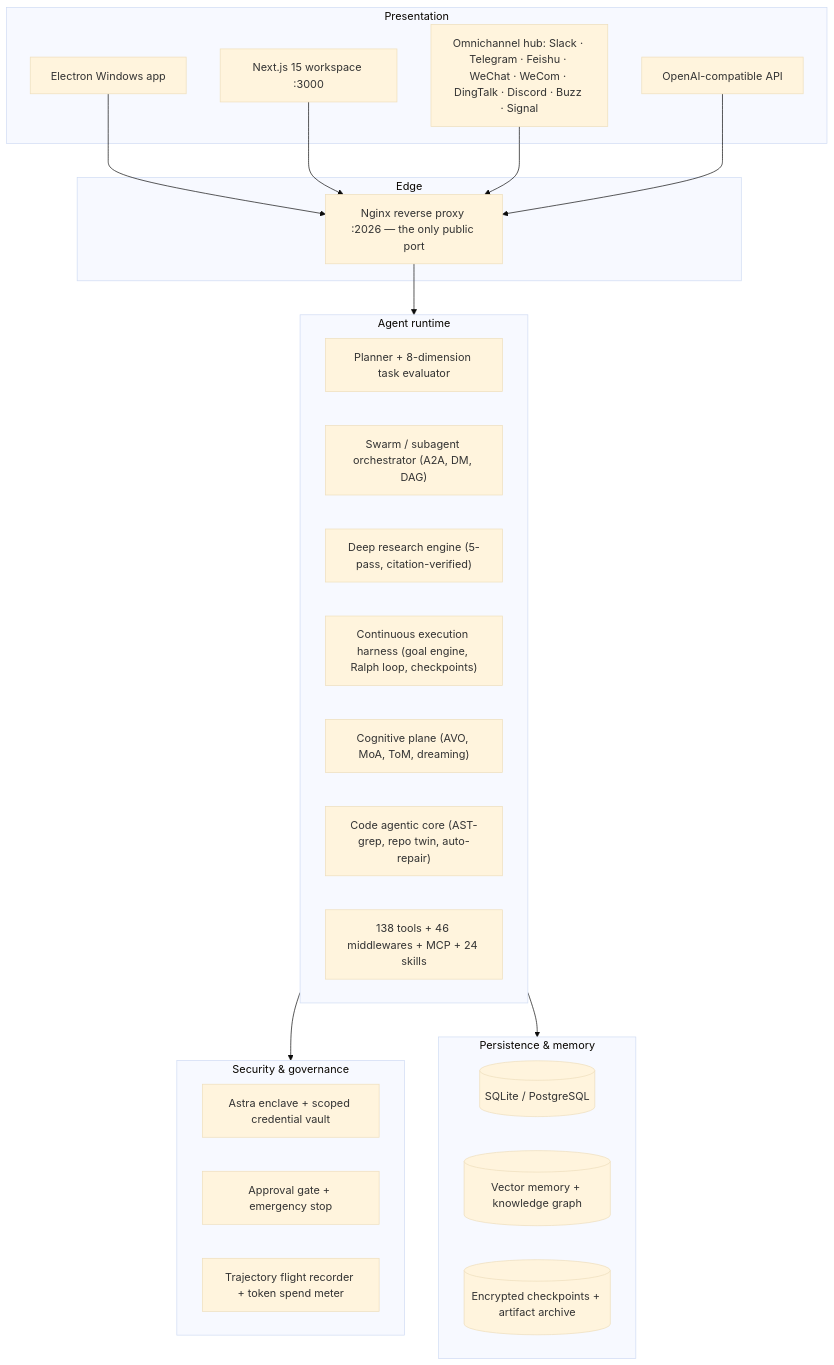
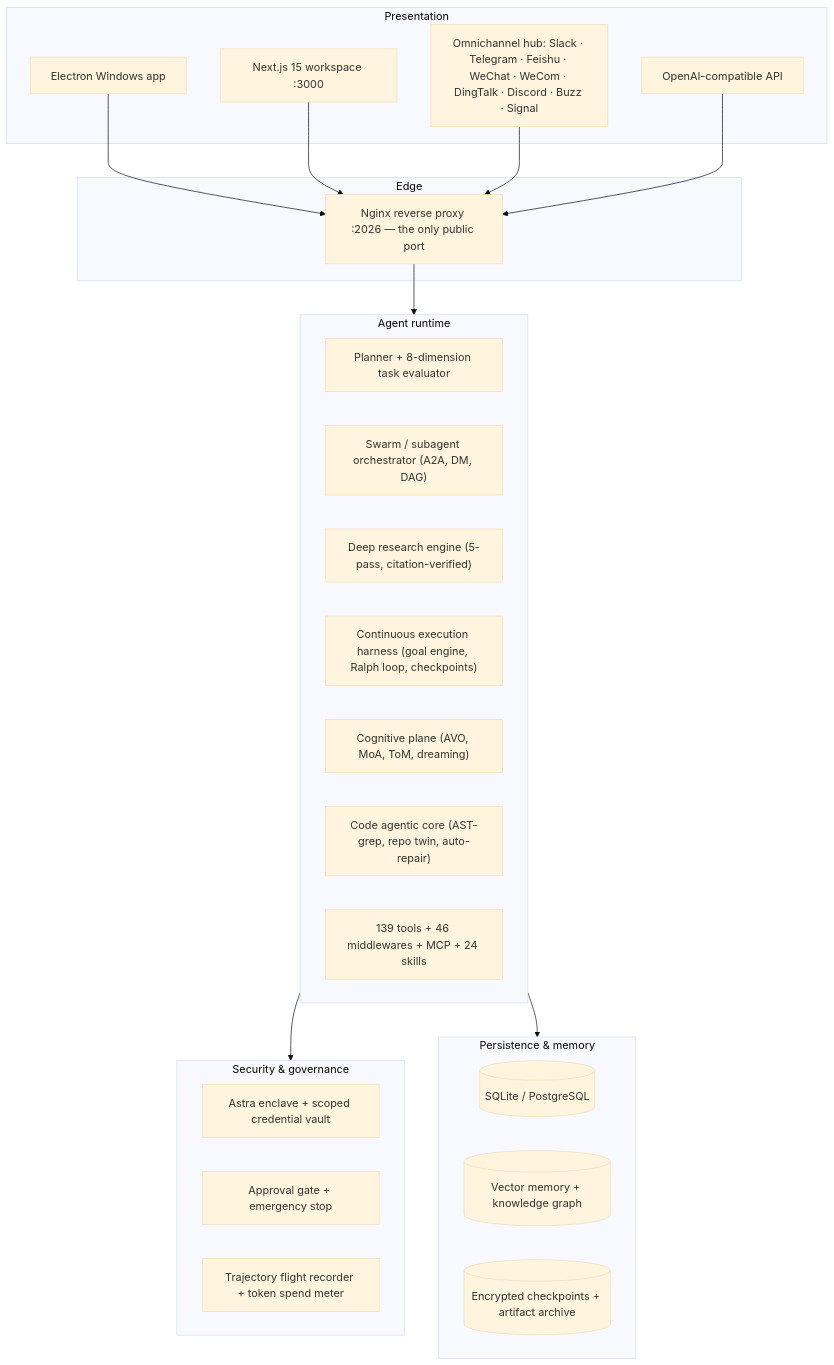
One commit to itsPremkumar/alpha changed the diagram in README.md. Above: the diagram before and after it, drawn with Mermaid (base theme). The commit also changed other lines of this file and 80 other files, not shown here.

````diff
--- a/README.md
+++ b/README.md
@@ -137,43 +137,43 @@
 ```mermaid
 flowchart TB
     subgraph Presentation ["Presentation"]
         Electron["Electron Windows app"]
         Web["Next.js 15 workspace :3000"]
         IM["Omnichannel hub: Slack · Telegram · Feishu · WeChat · WeCom · DingTalk · Discord · Buzz · Signal"]
         OpenAICompat["OpenAI-compatible API"]
     end
 
     subgraph Edge ["Edge"]
         Nginx["Nginx reverse proxy :2026 — the only public port"]
     end
 
     subgraph Runtime ["Agent runtime"]
         Planner["Planner + 8-dimension task evaluator"]
         Orchestrator["Swarm / subagent orchestrator (A2A, DM, DAG)"]
         Research["Deep research engine (5-pass, citation-verified)"]
         Harness["Continuous execution harness (goal engine, Ralph loop, checkpoints)"]
         Cognition["Cognitive plane (AVO, MoA, ToM, dreaming)"]
         CodeCore["Code agentic core (AST-grep, repo twin, auto-repair)"]
-        Tools["138 tools + 46 middlewares + MCP + 24 skills"]
+        Tools["139 tools + 46 middlewares + MCP + 24 skills"]
     end
 
     subgraph Security ["Security & governance"]
         Astra["Astra enclave + scoped credential vault"]
         Approval["Approval gate + emergency stop"]
         Audit["Trajectory flight recorder + token spend meter"]
     end
 
     subgraph Storage ["Persistence & memory"]
         DB[("SQLite / PostgreSQL")]
         Mem[("Vector memory + knowledge graph")]
         CKPT[("Encrypted checkpoints + artifact archive")]
     end
 
     Electron --> Nginx
     Web --> Nginx
     IM --> Nginx
     OpenAICompat --> Nginx
     Nginx --> Runtime
     Runtime --> Security
     Runtime --> Storage
 ```
````
